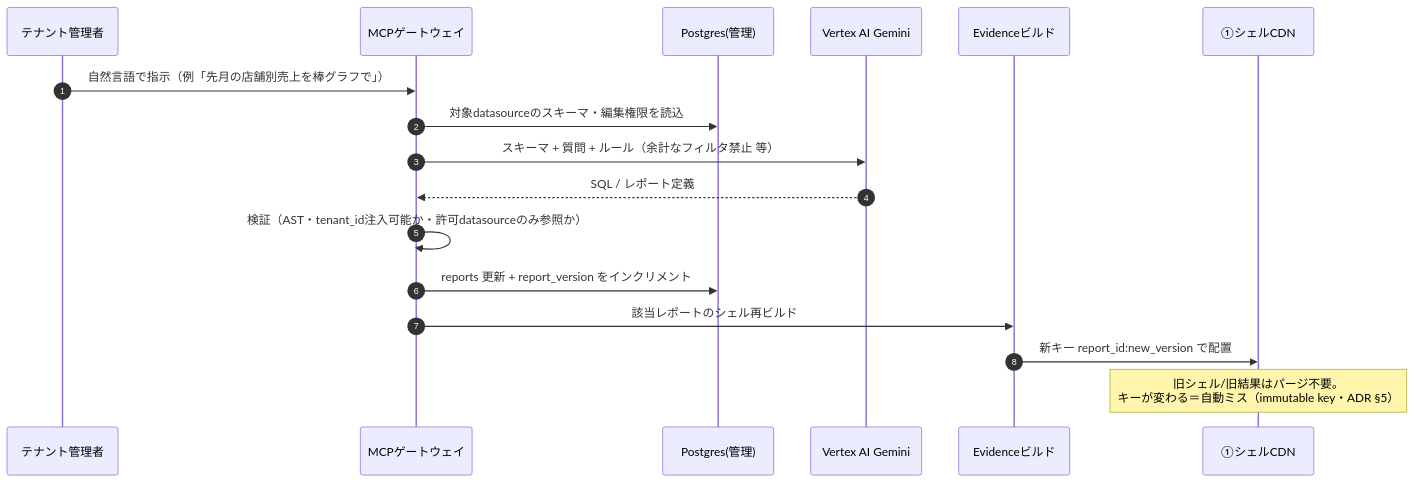
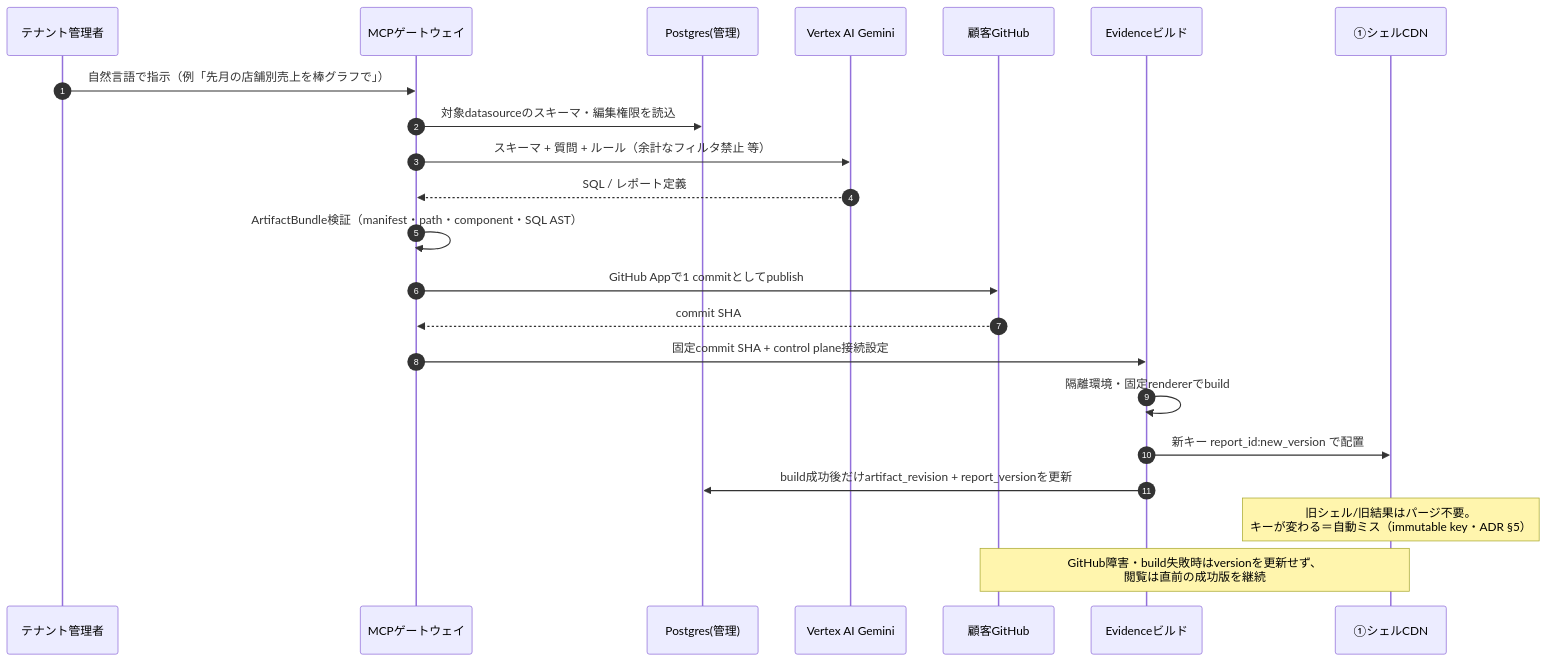
Before and after one commit to Yukihide-Mitsuoka/repchat: the third of 5 diagrams in docs/system-design.md, drawn with Mermaid. The commit also changed other lines of this file and 8 other files, not shown here.

First line of the commit message:
docs(architecture): define customer Git publication

````diff
--- a/docs/system-design.md
+++ b/docs/system-design.md
@@ -112,20 +126,25 @@
 ```mermaid
 sequenceDiagram
   autonumber
   participant A as テナント管理者
   participant M as MCPゲートウェイ
   participant PG as Postgres(管理)
   participant V as Vertex AI Gemini
+  participant G as 顧客GitHub
   participant B as Evidenceビルド
   participant C1 as ①シェルCDN
 
   A->>M: 自然言語で指示（例「先月の店舗別売上を棒グラフで」）
   M->>PG: 対象datasourceのスキーマ・編集権限を読込
   M->>V: スキーマ + 質問 + ルール（余計なフィルタ禁止 等）
   V-->>M: SQL / レポート定義
-  M->>M: 検証（AST・tenant_id注入可能か・許可datasourceのみ参照か）
-  M->>PG: reports 更新 + report_version をインクリメント
-  M->>B: 該当レポートのシェル再ビルド
+  M->>M: ArtifactBundle検証（manifest・path・component・SQL AST）
+  M->>G: GitHub Appで1 commitとしてpublish
+  G-->>M: commit SHA
+  M->>B: 固定commit SHA + control plane接続設定
+  B->>B: 隔離環境・固定rendererでbuild
   B->>C1: 新キー report_id:new_version で配置
+  B->>PG: build成功後だけartifact_revision + report_versionを更新
   Note over C1: 旧シェル/旧結果はパージ不要。<br/>キーが変わる＝自動ミス（immutable key・ADR §5）
+  Note over G,C1: GitHub障害・build失敗時はversionを更新せず、<br/>閲覧は直前の成功版を継続
 ```
````
